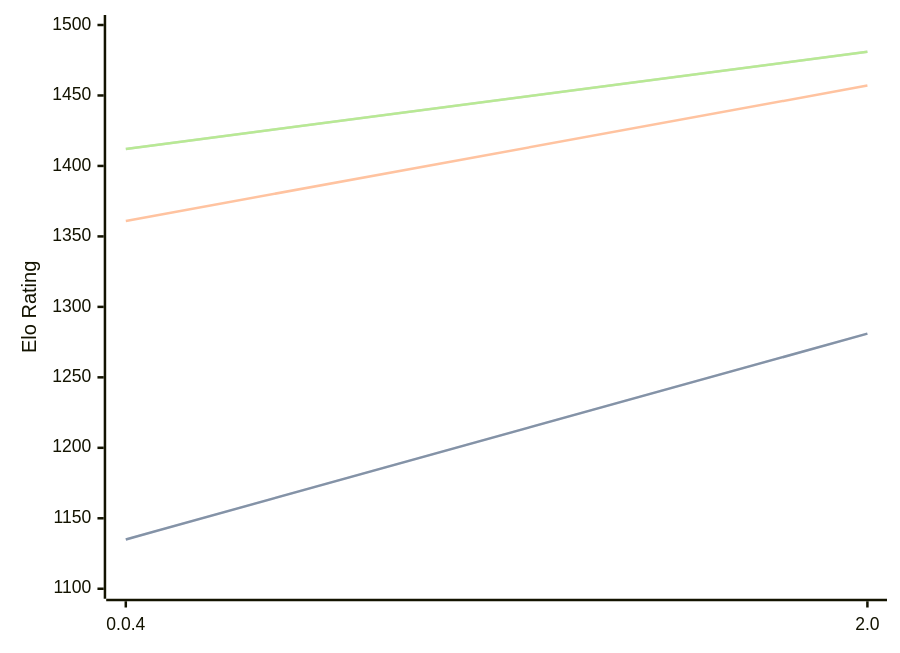
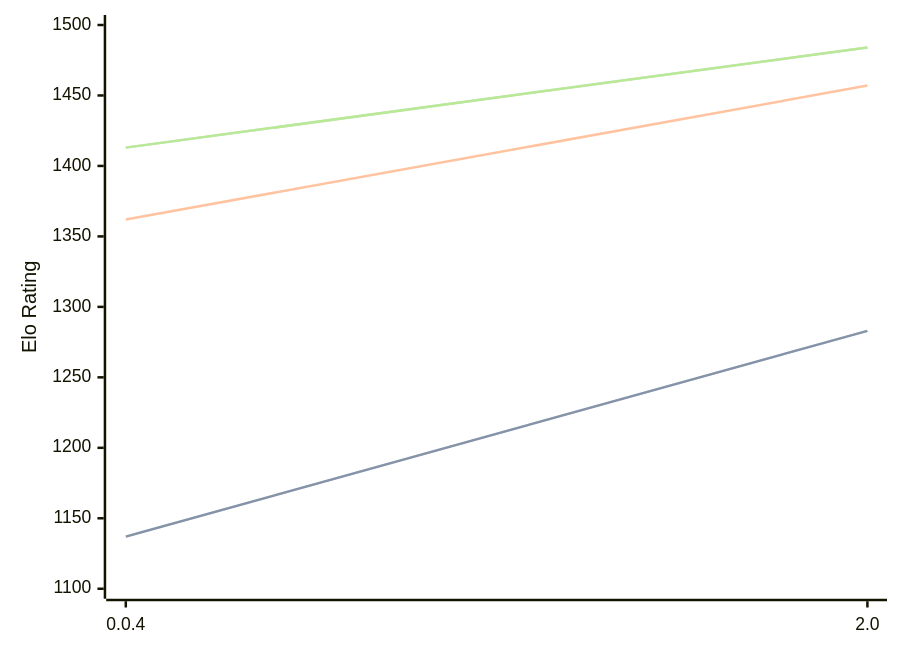
One commit to computer-chess-index/cci changed the diagram in engines/Oops!Mate.md. Above: the diagram before and after it, drawn with Mermaid. The commit also changed other lines of this file, not shown here.

Commit message:
Update CCI Ratings (ELO VLTC) - 2026-08-26

````diff
--- a/engines/Oops!Mate.md
+++ b/engines/Oops!Mate.md
@@ -33,11 +33,11 @@
 ```mermaid
 %%{init: {"theme":"base","themeVariables":{"seriesColors:['#a3a3a3','#222221','#faa371']}}}%%
 xychart-beta
   x-axis ["0.0.4", "2.0"]
   y-axis "Elo Rating" 1100 --> 1500
-  line "STC (8.0+0.08s)" [1135, 1281]
-  line "STC (8.0+0.08s)" [1135, 1281]
-  line "LTC (60.0+0.60s)" [1361, 1457]
-  line "VLTC (2m24s+1.12s)" [1412, 1481]
-  line "VLTC (2m24s+1.12s)" [1412, 1481]
+  line "STC (8.0+0.08s)" [1137, 1283]
+  line "STC (8.0+0.08s)" [1137, 1283]
+  line "LTC (60.0+0.60s)" [1362, 1457]
+  line "VLTC (2m24s+1.12s)" [1413, 1484]
+  line "VLTC (2m24s+1.12s)" [1413, 1484]
 ```
````
